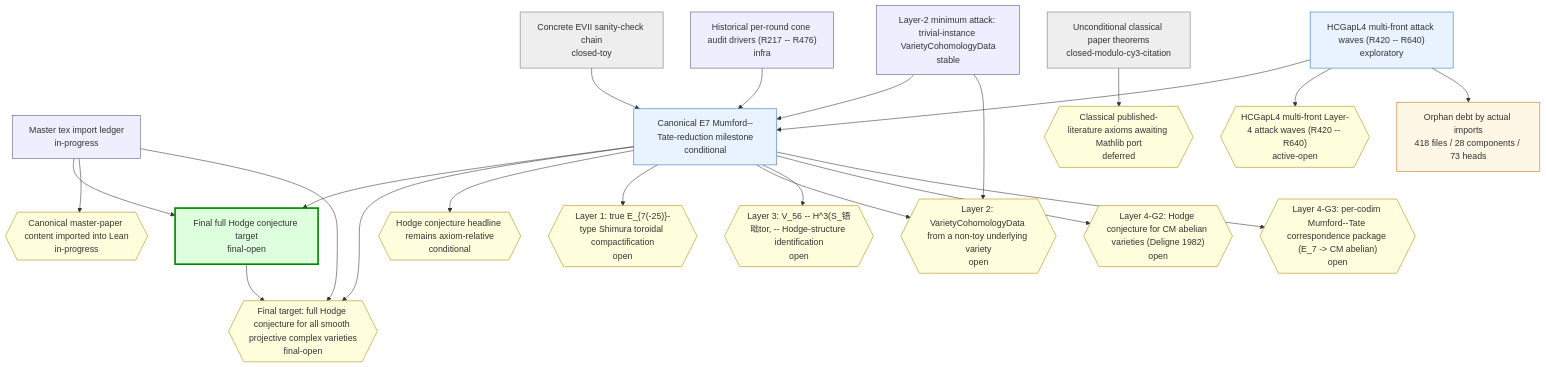
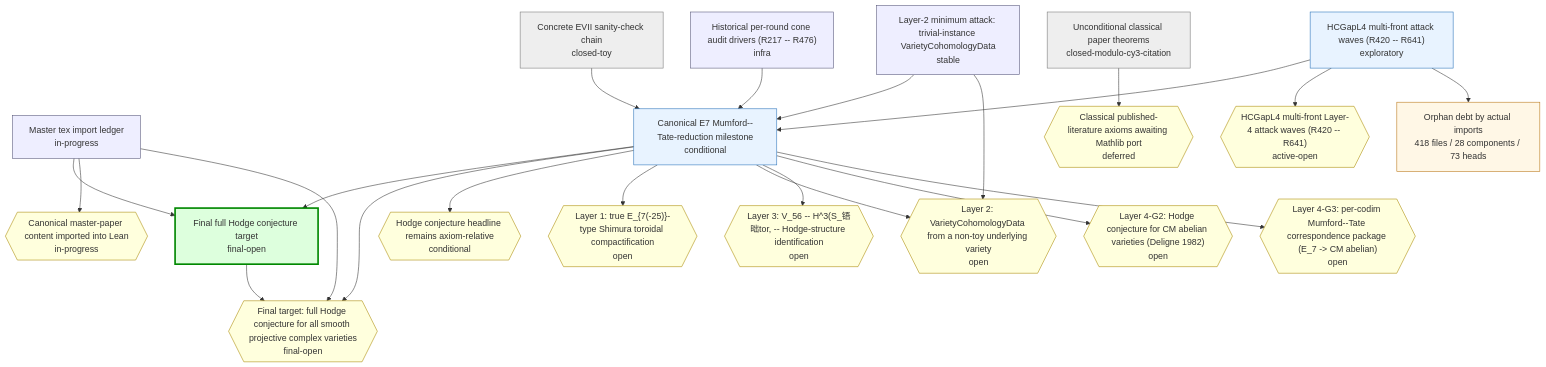
The first of 2 diagrams in chain-status/research-map.md (crabsatellite/hodge-conjecture-lean4-formalization), drawn with Mermaid before and after one commit. The commit also changed other lines of this file and 7 other files, not shown here.

````diff
--- a/chain-status/research-map.md
+++ b/chain-status/research-map.md
@@ -46,54 +46,54 @@
 ```mermaid
 graph TD
   classDef main fill:#dfd,stroke:#080,stroke-width:3px
   classDef active fill:#e8f3ff,stroke:#2670b8
   classDef support fill:#eef,stroke:#557
   classDef closed fill:#eee,stroke:#777
   classDef dead fill:#fdd,stroke:#a00,stroke-width:2px
   classDef gapOpen fill:#ffd,stroke:#a80
   classDef gapClosed fill:#eee,stroke:#777
   classDef gapDead fill:#fdd,stroke:#a00
   classDef debt fill:#fff7e6,stroke:#b87514
   classDef debtTaxonomy fill:#e8f3ff,stroke:#2670b8,stroke-dasharray:3 3
   classDef debtRule fill:#eefbea,stroke:#398439,stroke-dasharray:3 3
   classDef debtDead fill:#fdd,stroke:#a00,stroke-dasharray:3 3
   chain_full_hc_final_target["Final full Hodge conjecture target\nfinal-open"]:::main
   chain_master_paper_import_ledger["Master tex import ledger\nin-progress"]:::support
   chain_main_hc_axiom_relative["Canonical E7 Mumford--Tate-reduction milestone\nconditional"]:::active
   chain_unconditional_classical["Unconditional classical paper theorems\nclosed-modulo-cy3-citation"]:::closed
   chain_hcgap_l2_trivial_instances["Layer-2 minimum attack: trivial-instance VarietyCohomologyData\nstable"]:::support
-  chain_hcgap_l4_multifront_active["HCGapL4 multi-front attack waves (R420 -- R640)\nexploratory"]:::active
+  chain_hcgap_l4_multifront_active["HCGapL4 multi-front attack waves (R420 -- R641)\nexploratory"]:::active
   chain_concrete_evii_toy["Concrete EVII sanity-check chain\nclosed-toy"]:::closed
   chain_historical_cone_audits["Historical per-round cone audit drivers (R217 -- R476)\ninfra"]:::support
   gap_G_full_hc{{"Final target: full Hodge conjecture for all smooth projective complex varieties\nfinal-open"}}:::gapOpen
   gap_G_master_paper_import{{"Canonical master-paper content imported into Lean\nin-progress"}}:::gapOpen
   gap_G_main_hc{{"Hodge conjecture headline remains axiom-relative\nconditional"}}:::gapOpen
   gap_G_l1_e7_shimura_tor{{"Layer 1: true E_{7(-25)}-type Shimura toroidal compactification\nopen"}}:::gapOpen
   gap_G_l2_cohomology_construction{{"Layer 2: VarietyCohomologyData from a non-toy underlying variety\nopen"}}:::gapOpen
   gap_G_l3_v56_mt_identification{{"Layer 3: V_56 -- H^3(S_铻昢tor, -- Hodge-structure identification\nopen"}}:::gapOpen
   gap_G_l4_cm_abelian_hc{{"Layer 4-G2: Hodge conjecture for CM abelian varieties (Deligne 1982)\nopen"}}:::gapOpen
   gap_G_l4_mt_correspondence{{"Layer 4-G3: per-codim Mumford--Tate correspondence package (E_7 -> CM abelian)\nopen"}}:::gapOpen
   gap_G_classical_mathlib_port{{"Classical published-literature axioms awaiting Mathlib port\ndeferred"}}:::gapOpen
-  gap_G_hcgap_l4_multifront{{"HCGapL4 multi-front Layer-4 attack waves (R420 -- R640)\nactive-open"}}:::gapOpen
+  gap_G_hcgap_l4_multifront{{"HCGapL4 multi-front Layer-4 attack waves (R420 -- R641)\nactive-open"}}:::gapOpen
   chain_full_hc_final_target --> gap_G_full_hc
   chain_master_paper_import_ledger --> chain_full_hc_final_target
   chain_master_paper_import_ledger --> gap_G_master_paper_import
   chain_master_paper_import_ledger --> gap_G_full_hc
   chain_main_hc_axiom_relative --> chain_full_hc_final_target
   chain_main_hc_axiom_relative --> gap_G_full_hc
   chain_main_hc_axiom_relative --> gap_G_main_hc
   chain_main_hc_axiom_relative --> gap_G_l1_e7_shimura_tor
   chain_main_hc_axiom_relative --> gap_G_l2_cohomology_construction
   chain_main_hc_axiom_relative --> gap_G_l3_v56_mt_identification
   chain_main_hc_axiom_relative --> gap_G_l4_cm_abelian_hc
   chain_main_hc_axiom_relative --> gap_G_l4_mt_correspondence
   chain_unconditional_classical --> gap_G_classical_mathlib_port
   chain_hcgap_l2_trivial_instances --> chain_main_hc_axiom_relative
   chain_hcgap_l2_trivial_instances --> gap_G_l2_cohomology_construction
   chain_hcgap_l4_multifront_active --> chain_main_hc_axiom_relative
   chain_hcgap_l4_multifront_active --> gap_G_hcgap_l4_multifront
   chain_concrete_evii_toy --> chain_main_hc_axiom_relative
   chain_historical_cone_audits --> chain_main_hc_axiom_relative
   debt_all["Orphan debt by actual imports\n418 files / 28 components / 73 heads"]:::debt
   chain_hcgap_l4_multifront_active --> debt_all
 ```
````
